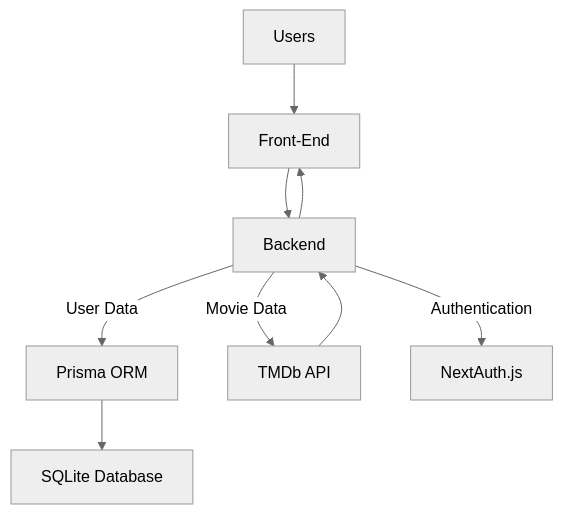
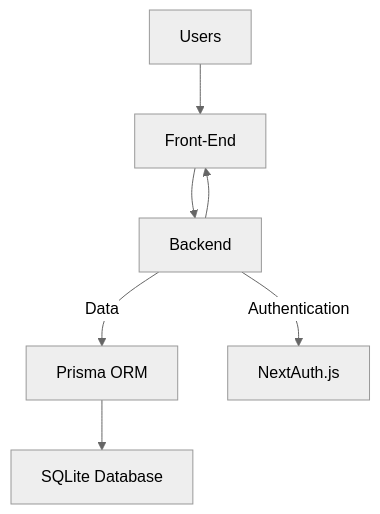
Before and after one commit to javier-arango/codeflix: the diagram in README.md, drawn with Mermaid (neutral theme). The commit also changed other lines of this file, not shown here.

````diff
--- a/README.md
+++ b/README.md
@@ -54,11 +56,9 @@
 ```mermaid
 graph TD
     A[Users] --> B[Front-End]
     B --> C[Backend]
-    C -->|User Data| D[Prisma ORM]
+    C -->|Data| D[Prisma ORM]
     D --> E[SQLite Database]
-    C -->|Movie Data| F[TMDb API]
-    F --> C
     C -->|Authentication| G[NextAuth.js]
     C --> B
 ```
````
